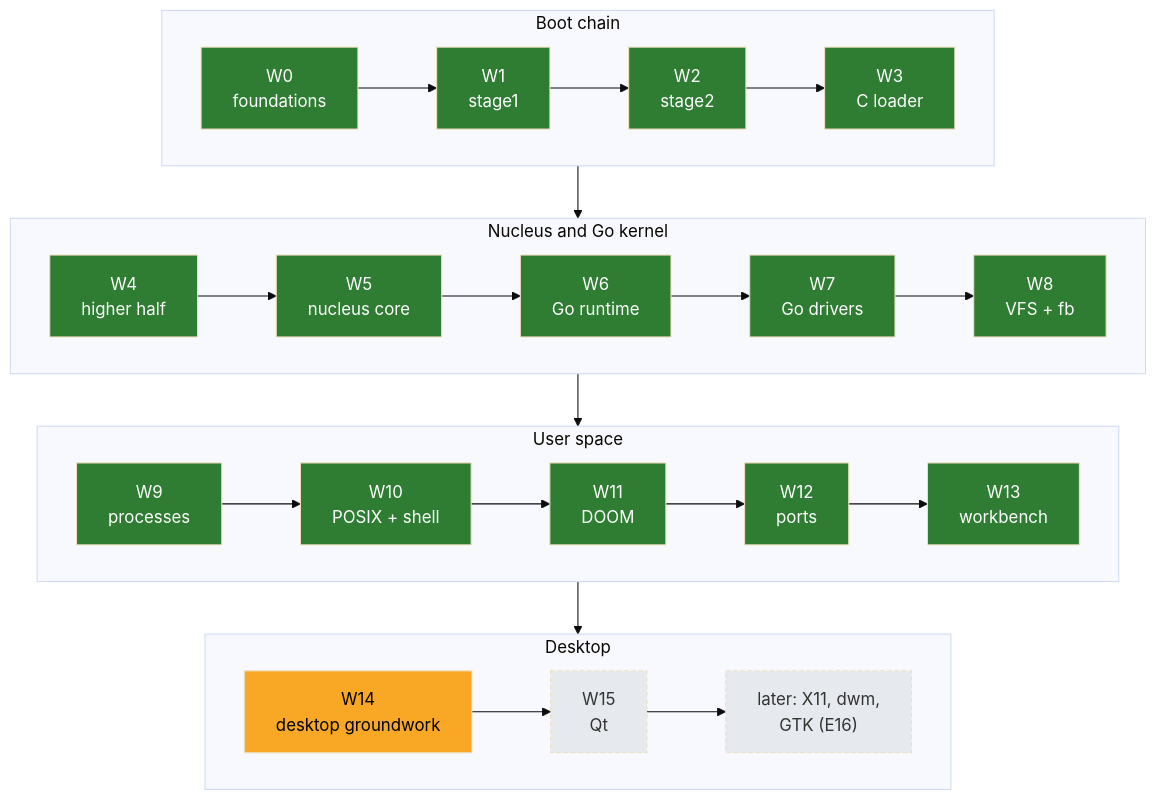
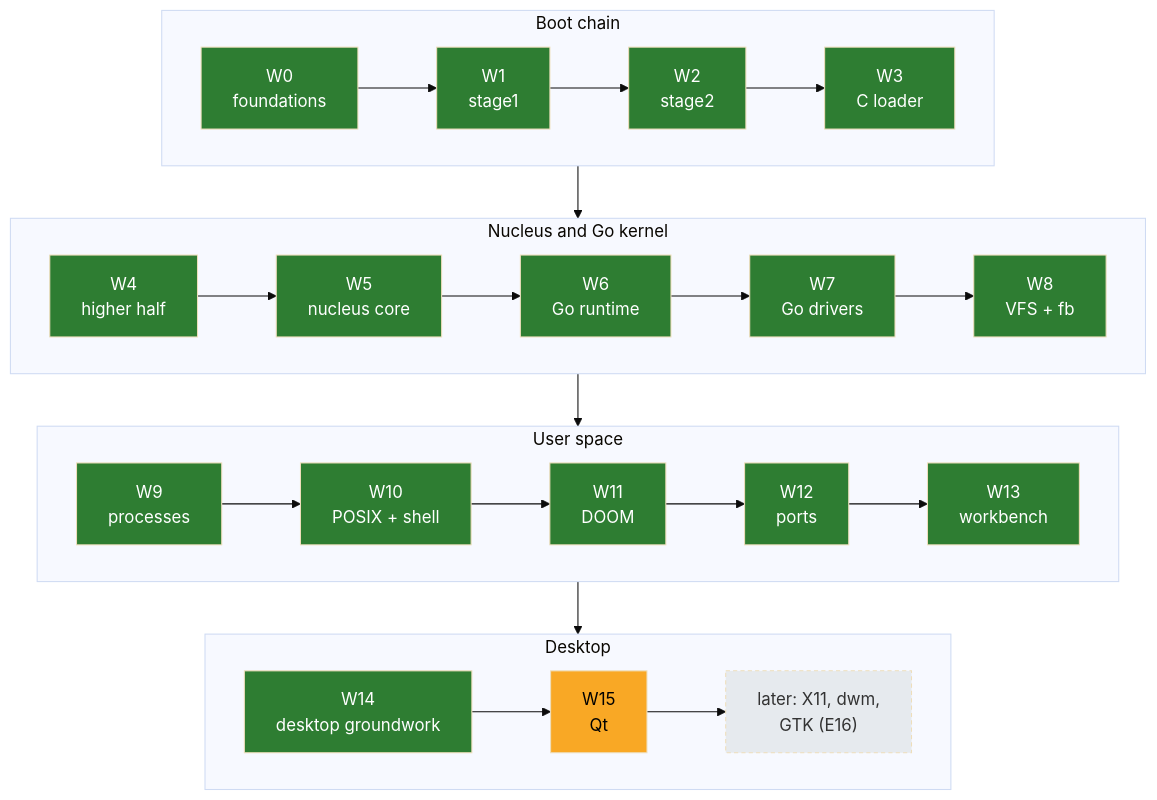
One commit to decagondev/burrow changed the diagram in docs/04-plan/ROADMAP.md. Above: the diagram before and after it, drawn with Mermaid (base theme). The commit also changed other lines of this file and 25 other files, not shown here.

First line of the commit message:
W14-S08: graphics programs take the screen; Wave 14 done (M14)

````diff
--- a/docs/04-plan/ROADMAP.md
+++ b/docs/04-plan/ROADMAP.md
@@ -24,26 +24,26 @@
 ```mermaid
 flowchart TB
     subgraph boot["Boot chain"]
         direction LR
         W0["W0<br/>foundations"] --> W1["W1<br/>stage1"] --> W2["W2<br/>stage2"] --> W3["W3<br/>C loader"]
     end
     subgraph core["Nucleus and Go kernel"]
         direction LR
         W4["W4<br/>higher half"] --> W5["W5<br/>nucleus core"] --> W6["W6<br/>Go runtime"] --> W7["W7<br/>Go drivers"] --> W8["W8<br/>VFS + fb"]
     end
     subgraph unix["User space"]
         direction LR
         W9["W9<br/>processes"] --> W10["W10<br/>POSIX + shell"] --> W11["W11<br/>DOOM"] --> W12["W12<br/>ports"] --> W13["W13<br/>workbench"]
     end
     subgraph desk["Desktop"]
         direction LR
         W14["W14<br/>desktop groundwork"] --> W15["W15<br/>Qt"] --> X["later: X11, dwm,<br/>GTK (E16)"]
     end
     boot --> core --> unix --> desk
     classDef done fill:#2e7d32,color:#fff;
     classDef next fill:#f9a825,color:#000;
     classDef later fill:#e6eaee,color:#333,stroke-dasharray: 4 3;
-    class W0,W1,W2,W3,W4,W5,W6,W7,W8,W9,W10,W11,W12,W13 done;
-    class W14 next;
-    class W15,X later;
+    class W0,W1,W2,W3,W4,W5,W6,W7,W8,W9,W10,W11,W12,W13,W14 done;
+    class W15 next;
+    class X later;
 ```
````
